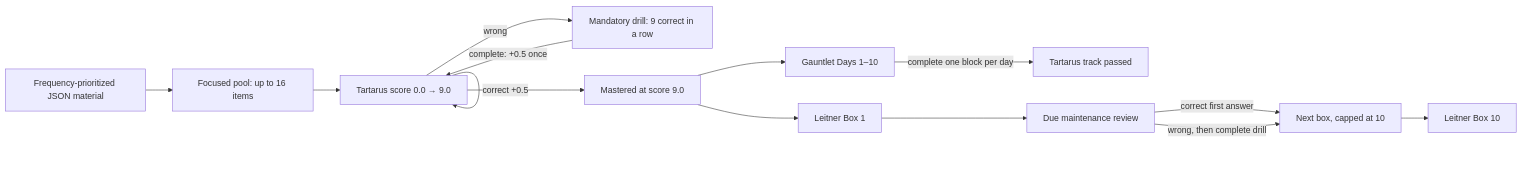
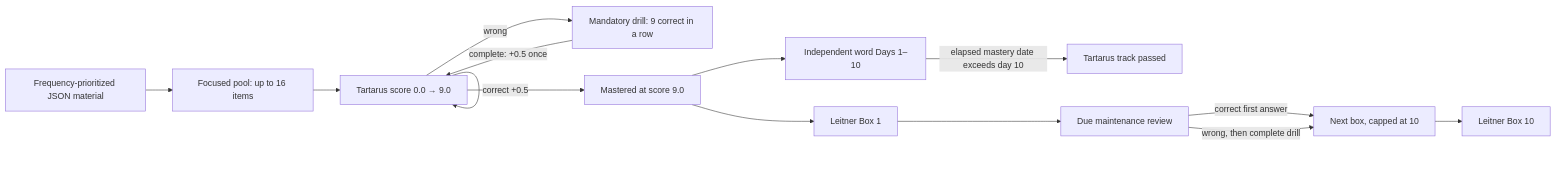
The diagram in README.md (bahman-farhadian/mashq), drawn with Mermaid before and after one commit. The commit also changed other lines of this file and 5 other files, not shown here.

Commit message:
fix: finalize per-word Gauntlet progression

````diff
--- a/README.md
+++ b/README.md
@@ -42,28 +42,28 @@
 ```mermaid
 flowchart LR
     JSON["Frequency-prioritized JSON material"]
     FOCUS["Focused pool: up to 16 items"]
     SCORE["Tartarus score 0.0 → 9.0"]
     DRILL["Mandatory drill: 9 correct in a row"]
     MASTER["Mastered at score 9.0"]
-    DAILY["Gauntlet Days 1–10"]
+    DAILY["Independent word Days 1–10"]
     DAY11["Tartarus track passed"]
     BOX1["Leitner Box 1"]
     DUE["Due maintenance review"]
     NEXT["Next box, capped at 10"]
     BOX10["Leitner Box 10"]
 
     JSON --> FOCUS
     FOCUS --> SCORE
     SCORE -->|"correct +0.5"| SCORE
     SCORE -->|"wrong"| DRILL
     DRILL -->|"complete: +0.5 once"| SCORE
     SCORE --> MASTER
     MASTER --> DAILY
-    DAILY -->|"complete one block per day"| DAY11
+    DAILY -->|"elapsed mastery date exceeds day 10"| DAY11
     MASTER --> BOX1
     BOX1 --> DUE
     DUE -->|"correct first answer"| NEXT
     DUE -->|"wrong, then complete drill"| NEXT
     NEXT --> BOX10
 ```
````
